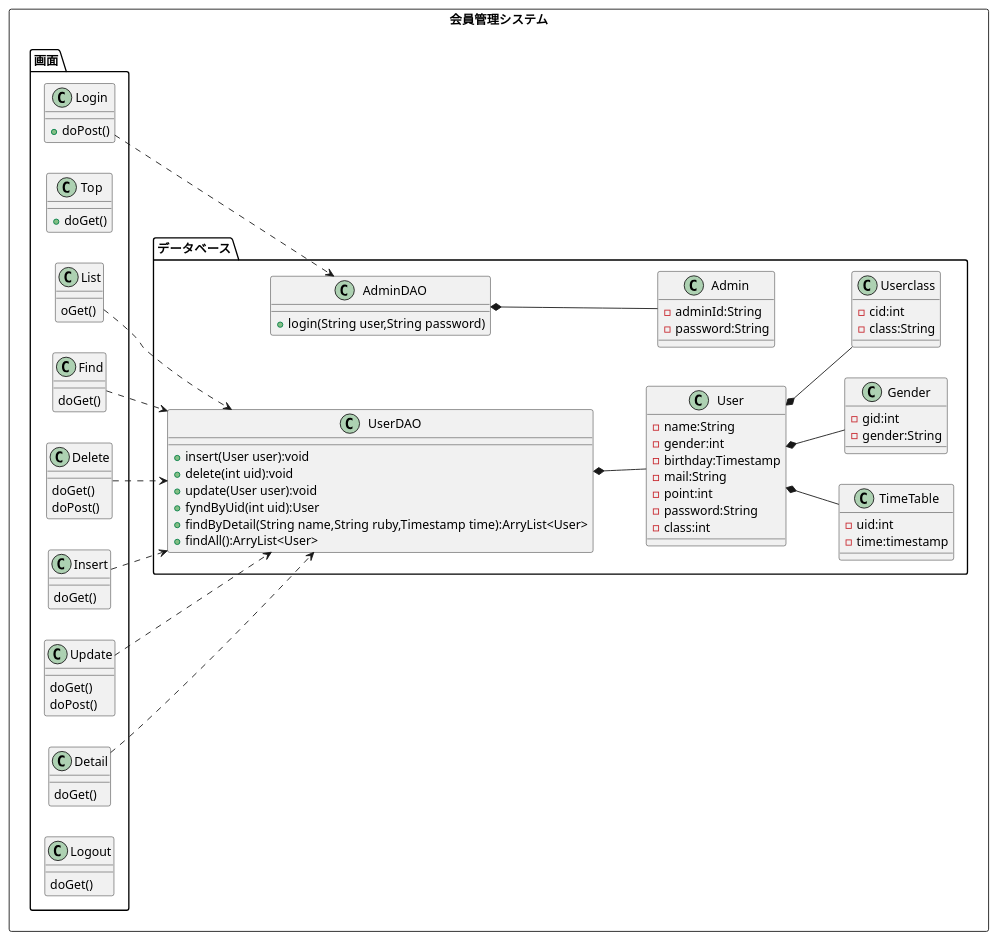
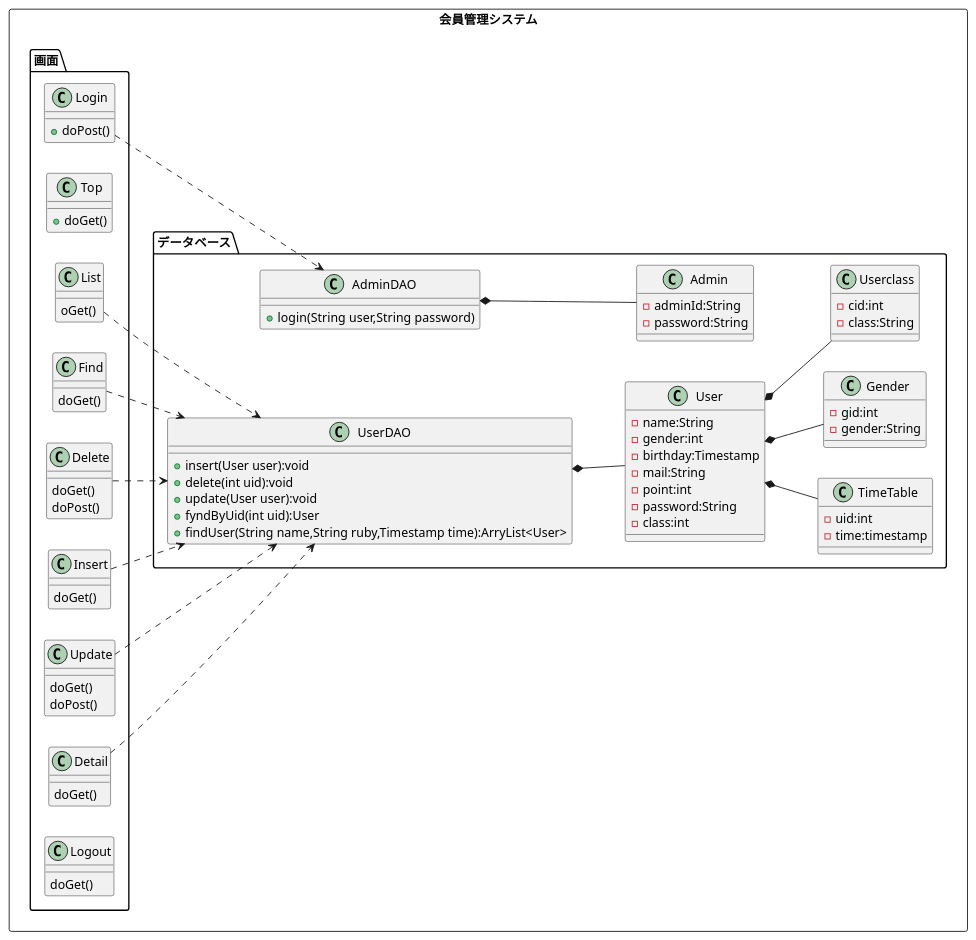
Before and after one commit to toufu66/ProjectC: the diagram in uml_detail/class.pu, drawn with PlantUML.

Commit message:
クラス図 詳細設計 findAllを削除 findDetailをfindUserに変更

```diff
--- a/uml_detail/class.pu
+++ b/uml_detail/class.pu
@@ -1,99 +1,98 @@
 @startuml
 left to right direction
 rectangle 会員管理システム{
 package 画面{
 	class Login{
 		+doPost()
 	}
 	class Top{
 		+doGet()
 	}
 	class List{
 		oGet()
 	}
 	class Find{
 		doGet()
 	}
 	class Delete{
 		doGet()
 		doPost()
 	}
 	class Insert{
 		doGet()
 	}
 	class Update{
 		doGet()
 		doPost()
 	}
 	class Detail{
 		doGet()
 	}
 	class Logout{
 		doGet()
 	}
 
 
 }
 
 package データベース{
 	class UserDAO{
 		+insert(User user):void
 		+delete(int uid):void
 		+update(User user):void
 		+fyndByUid(int uid):User
-		+findByDetail(String name,String ruby,Timestamp time):ArryList<User>
-		+findAll():ArryList<User>
+		+findUser(String name,String ruby,Timestamp time):ArryList<User>
 	}
 	class User{
 		-name:String
 		-gender:int
 		-birthday:Timestamp
 		-mail:String
 		-point:int
 		-password:String
 		-class:int
 	}
 	class Admin{
 		-adminId:String
 		-password:String
 	}
 	class AdminDAO{
 
 		+login(String user,String password)
 
 	}
 	class TimeTable{
 		-uid:int
 		-time:timestamp
 
 	}
 	class Gender{
 		-gid:int
 		-gender:String
 
 	}
 	class Userclass{
 		-cid:int
 		-class:String
 
 	}
 
 }
 
 
 Login ..> AdminDAO
 
 List ..> UserDAO
 Insert ..> UserDAO
 Update ..> UserDAO
 Delete ..> UserDAO
 Find ..> UserDAO
 Detail ..>UserDAO
 UserDAO *--  User
 AdminDAO *--  Admin
 User *-- TimeTable
 User *-- Userclass
 User *-- Gender
 
 }
 @enduml
```
